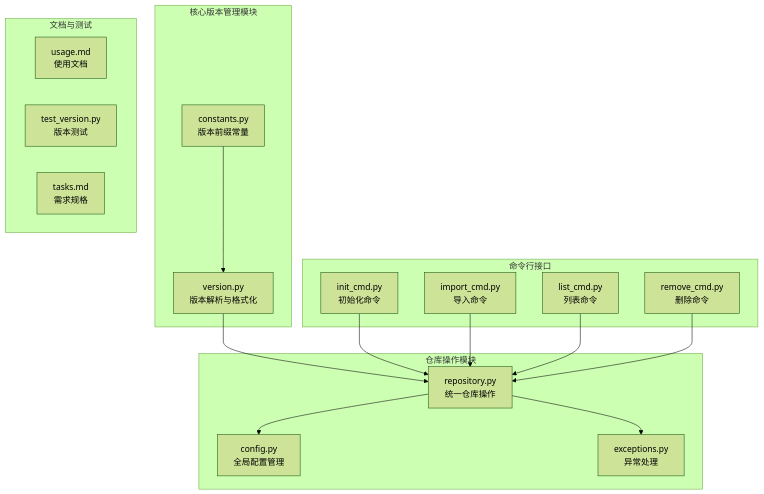
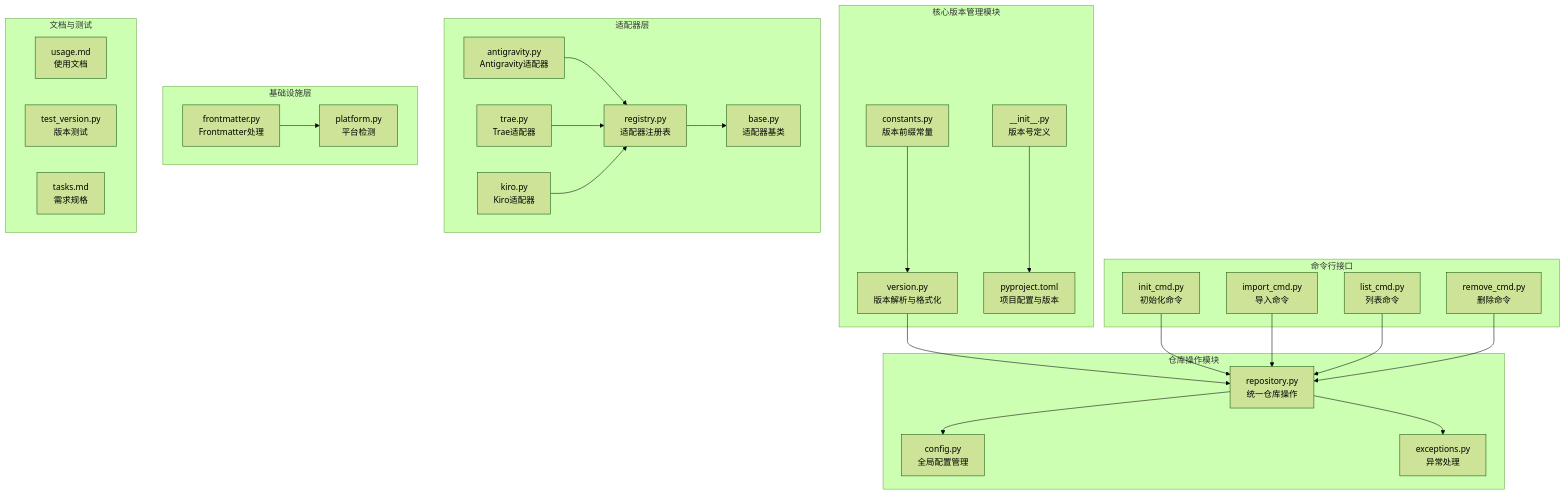
Before and after one commit to MapleWan/MSR: the first of 11 diagrams in .qoder/repowiki/zh/content/核心概念/版本管理机制.md, drawn with Mermaid (forest theme). The commit also changed other lines of this file and 5 other files, not shown here.

````diff
--- a/.qoder/repowiki/zh/content/核心概念/版本管理机制.md
+++ b/.qoder/repowiki/zh/content/核心概念/版本管理机制.md
@@ -44,31 +63,50 @@
 ```mermaid
 graph TB
 subgraph "核心版本管理模块"
 A[version.py<br/>版本解析与格式化]
 B[constants.py<br/>版本前缀常量]
+C[__init__.py<br/>版本号定义]
+D[pyproject.toml<br/>项目配置与版本]
 end
 subgraph "仓库操作模块"
-C[repository.py<br/>统一仓库操作]
-D[config.py<br/>全局配置管理]
-E[exceptions.py<br/>异常处理]
+E[repository.py<br/>统一仓库操作]
+F[config.py<br/>全局配置管理]
+G[exceptions.py<br/>异常处理]
 end
 subgraph "命令行接口"
-F[init_cmd.py<br/>初始化命令]
-G[import_cmd.py<br/>导入命令]
-H[list_cmd.py<br/>列表命令]
-I[remove_cmd.py<br/>删除命令]
+H[init_cmd.py<br/>初始化命令]
+I[import_cmd.py<br/>导入命令]
+J[list_cmd.py<br/>列表命令]
+K[remove_cmd.py<br/>删除命令]
+end
+subgraph "适配器层"
+L[registry.py<br/>适配器注册表]
+M[base.py<br/>适配器基类]
+N[antigravity.py<br/>Antigravity适配器]
+O[trae.py<br/>Trae适配器]
+P[kiro.py<br/>Kiro适配器]
+end
+subgraph "基础设施层"
+Q[frontmatter.py<br/>Frontmatter处理]
+R[platform.py<br/>平台检测]
 end
 subgraph "文档与测试"
-J[usage.md<br/>使用文档]
-K[test_version.py<br/>版本测试]
-L[tasks.md<br/>需求规格]
+S[usage.md<br/>使用文档]
+T[test_version.py<br/>版本测试]
+U[tasks.md<br/>需求规格]
 end
-A --> C
+A --> E
 B --> A
 C --> D
-C --> E
-F --> C
-G --> C
-H --> C
-I --> C
+E --> F
+E --> G
+H --> E
+I --> E
+J --> E
+K --> E
+L --> M
+N --> L
+O --> L
+P --> L
+Q --> R
 ```
````
